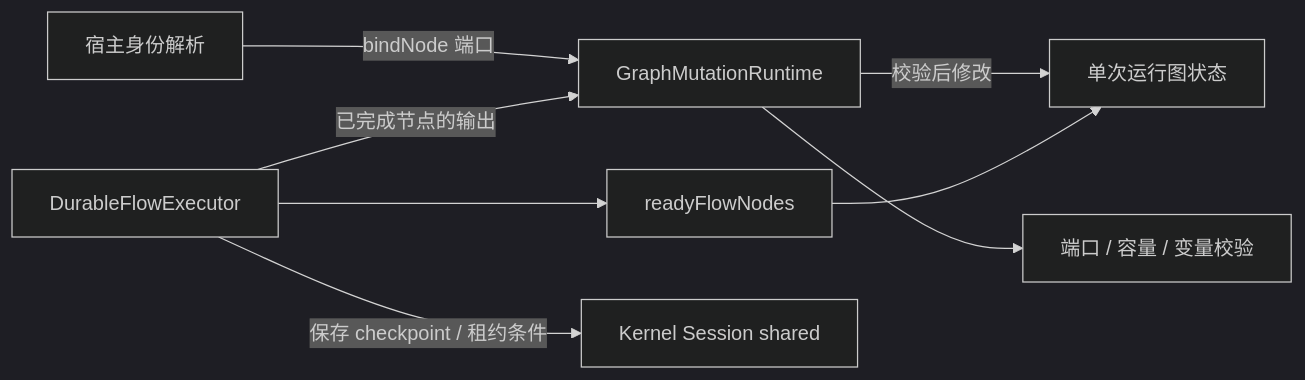
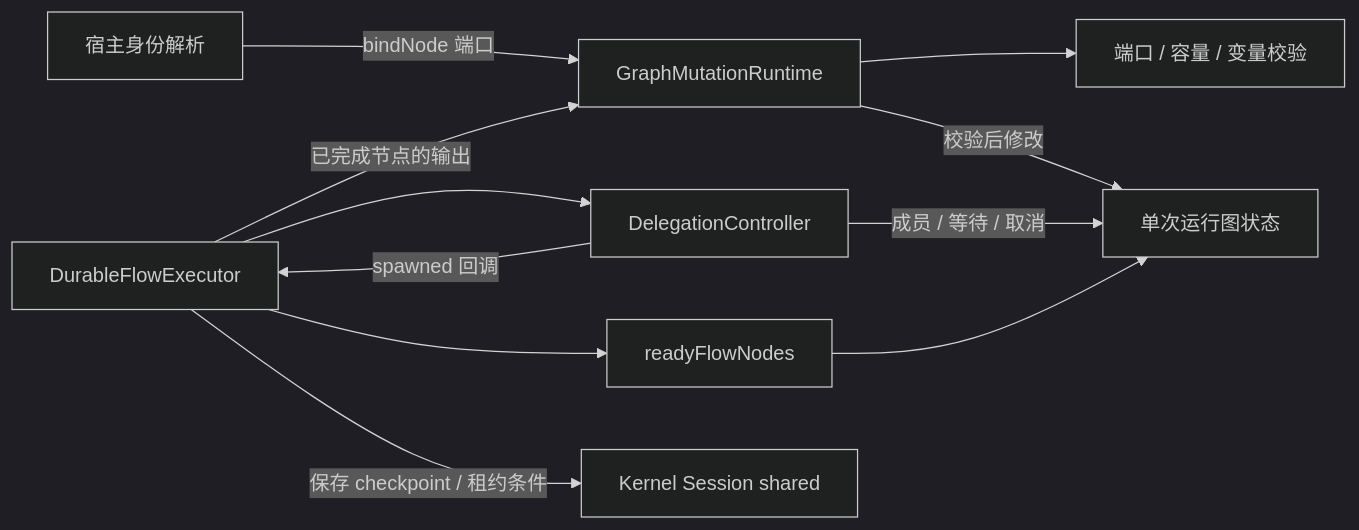
One commit to mushuanli/itookit changed the diagram in doc/llm-flow-api.md. Above: the diagram before and after it, drawn with Mermaid (dark theme). The commit also changed other lines of this file and 6 other files, not shown here.

Commit message:
refactor(llm-flow): isolate delegation group lifecycle

````diff
--- a/doc/llm-flow-api.md
+++ b/doc/llm-flow-api.md
@@ -221,10 +221,13 @@
 ```mermaid
 flowchart LR
     Host[宿主身份解析] -->|bindNode 端口| Mutation[GraphMutationRuntime]
     Scheduler[DurableFlowExecutor] -->|已完成节点的输出| Mutation
     Mutation -->|校验后修改| State[单次运行图状态]
     Mutation --> Validation[端口 / 容量 / 变量校验]
+    Scheduler --> Delegation[DelegationController]
+    Delegation -->|成员 / 等待 / 取消| State
+    Delegation -->|spawned 回调| Scheduler
     Scheduler --> Readiness[readyFlowNodes]
     Readiness --> State
     Scheduler -->|保存 checkpoint / 租约条件| Store[Kernel Session shared]
 ```
````
